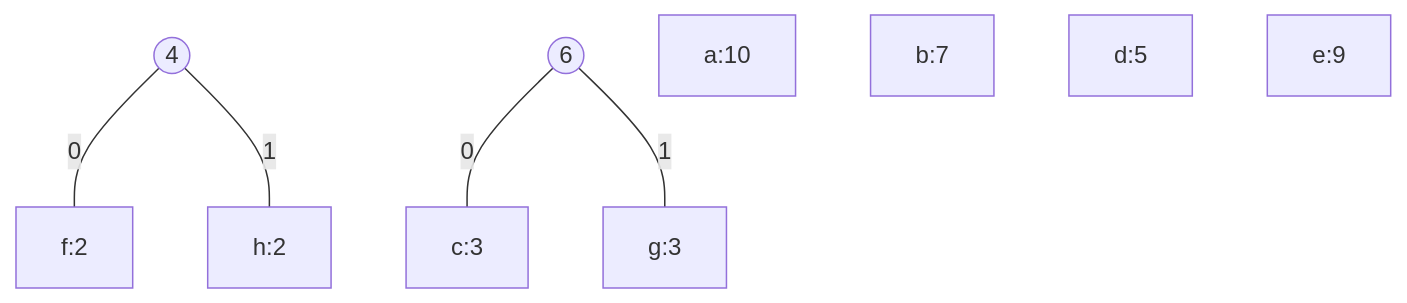
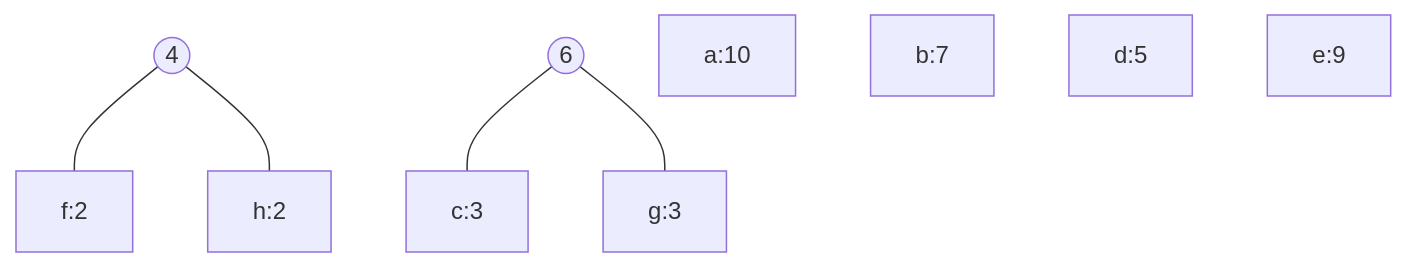
Before and after one commit to rdimartino/algorithms-hw: the third of 8 diagrams in 04/assignment4.md, drawn with Mermaid. The commit also changed other lines of this file and 1 other file, not shown here.

````diff
--- a/04/assignment4.md
+++ b/04/assignment4.md
@@ -81,15 +81,15 @@
     ```mermaid
     graph TD
         %% stage 1
-        n1((4))---|0|f:2
-        n1---|1|h:2
+        n1((4))---f:2
+        n1---h:2
         %% stage 2
-        n2((6))---|0|c:3
-        n2---|1|g:3
+        n2((6))---c:3
+        n2---g:3
 
         %% unallocated
         a:10
         b:7
         d:5
         e:9
     ```
````
